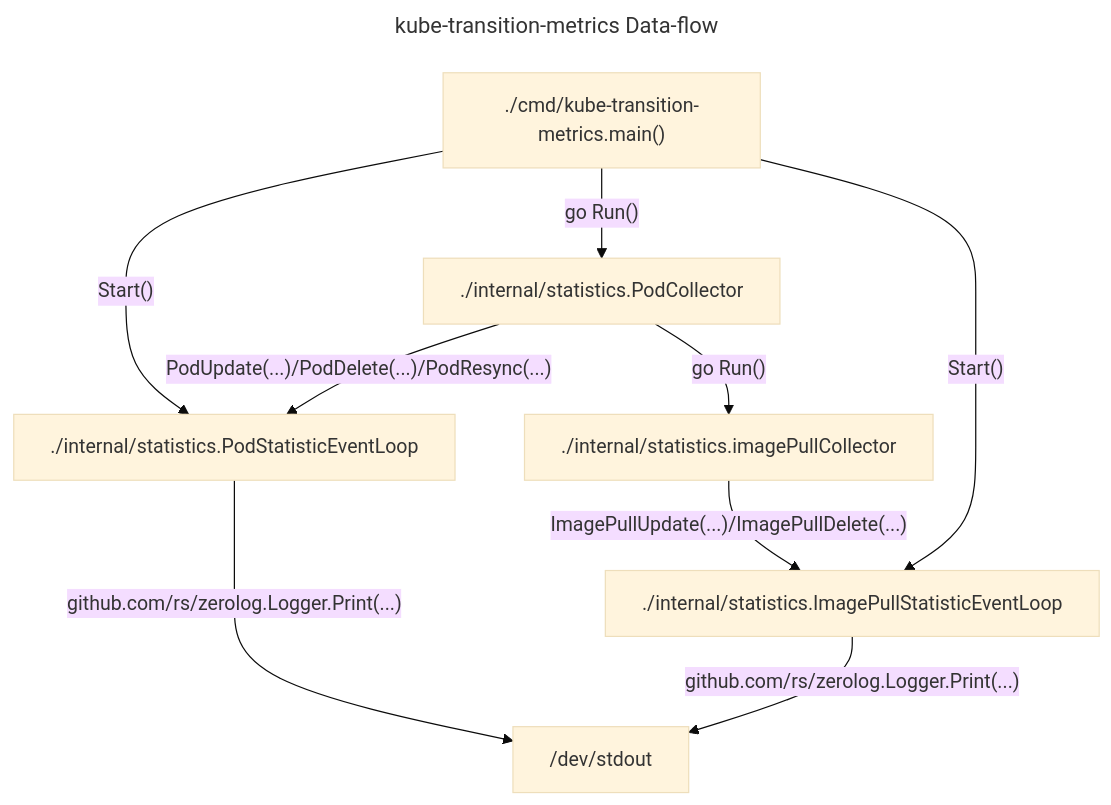
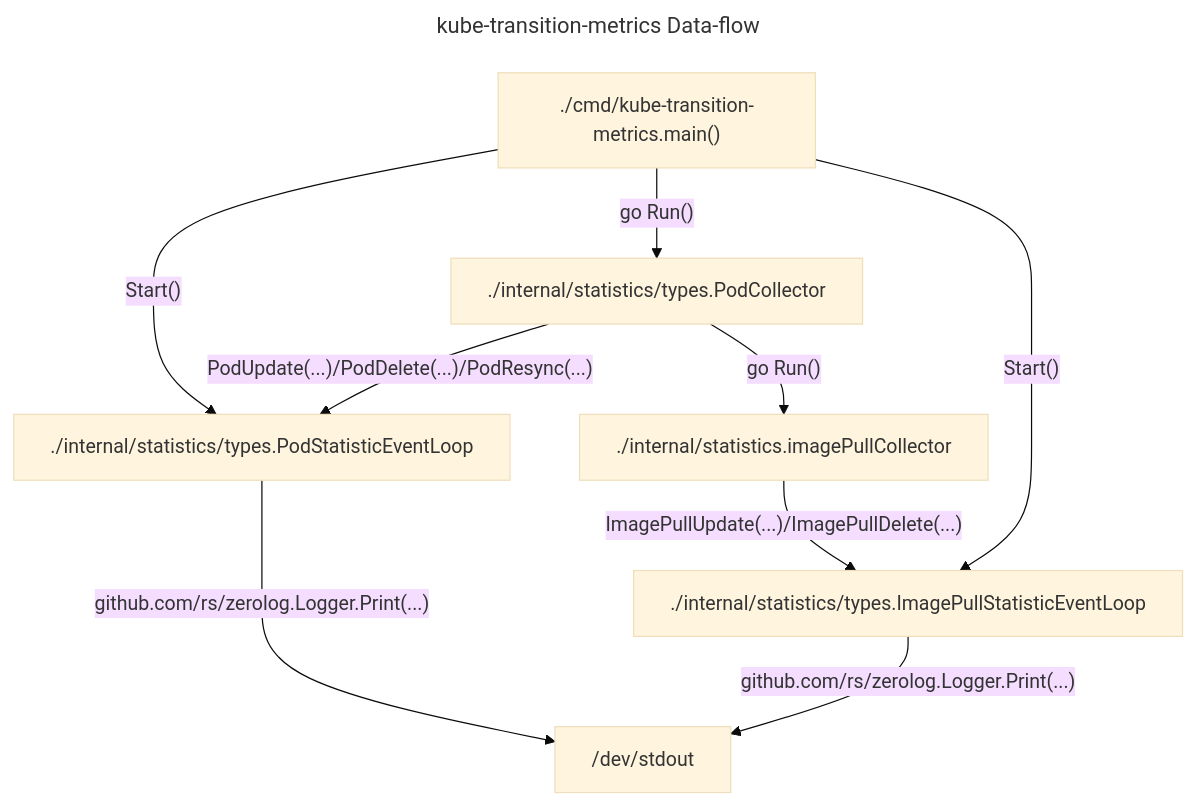
The first of 6 diagrams in doc/ARCHITECTURE.md (backmarket-oss/kube-transition-metrics), drawn with Mermaid (base theme) before and after one commit. The commit also changed other lines of this file and 8 other files, not shown here.

````diff
--- a/doc/ARCHITECTURE.md
+++ b/doc/ARCHITECTURE.md
@@ -38,25 +40,25 @@
 ```mermaid
 ---
 title: "kube-transition-metrics Data-flow"
 ---
 flowchart TD
     main["./cmd/kube-transition-metrics.main()"]
-    PodCollector["./internal/statistics.PodCollector"]
-    PodStatisticEventLoop["./internal/statistics.PodStatisticEventLoop"]
-    ImagePullStatisticEventLoop["./internal/statistics.ImagePullStatisticEventLoop"]
+    PodCollector["./internal/statistics/types.PodCollector"]
+    PodStatisticEventLoop["./internal/statistics/types.PodStatisticEventLoop"]
+    ImagePullStatisticEventLoop["./internal/statistics/types.ImagePullStatisticEventLoop"]
     imagePullCollector["./internal/statistics.imagePullCollector"]
     Stdout["/dev/stdout"]
 
     main
         -->|"Start()"| PodStatisticEventLoop
         -->|"github.com/rs/zerolog.Logger.Print(...)"| Stdout
     main
         -->|"go Run()"| PodCollector
         -->|"PodUpdate(...)/PodDelete(...)/PodResync(...)"| PodStatisticEventLoop
     PodCollector
         -->|"go Run()"| imagePullCollector
         -->|"ImagePullUpdate(...)/ImagePullDelete(...)"| ImagePullStatisticEventLoop
     main
         -->|"Start()"| ImagePullStatisticEventLoop
         -->|"github.com/rs/zerolog.Logger.Print(...)"| Stdout
 ```
````
